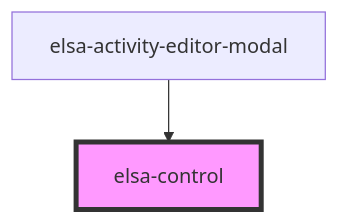
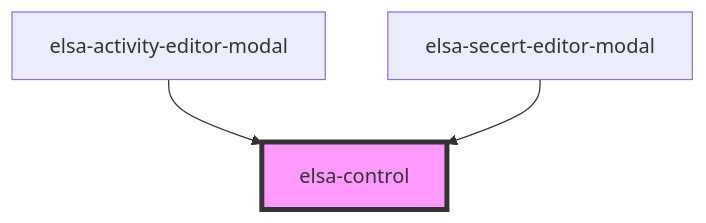
Before and after one commit to elsa-workflows/elsa-core: the diagram in src/designer/elsa-workflows-studio/src/components/controls/elsa-control/readme.md, drawn with Mermaid. The commit also changed other lines of this file and 332 other files, not shown here.

````diff
--- a/src/designer/elsa-workflows-studio/src/components/controls/elsa-control/readme.md
+++ b/src/designer/elsa-workflows-studio/src/components/controls/elsa-control/readme.md
@@ -22,5 +23,6 @@
 ```mermaid
 graph TD;
   elsa-activity-editor-modal --> elsa-control
+  elsa-secert-editor-modal --> elsa-control
   style elsa-control fill:#f9f,stroke:#333,stroke-width:4px
 ```
````
